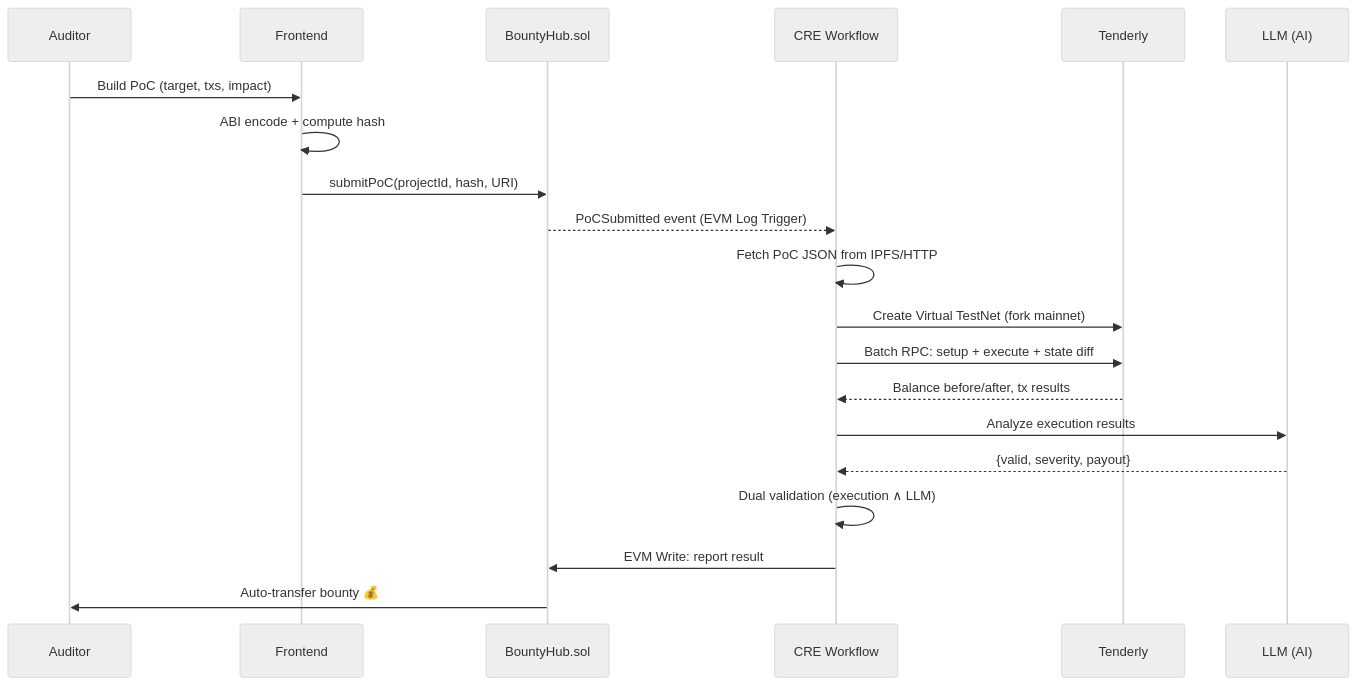
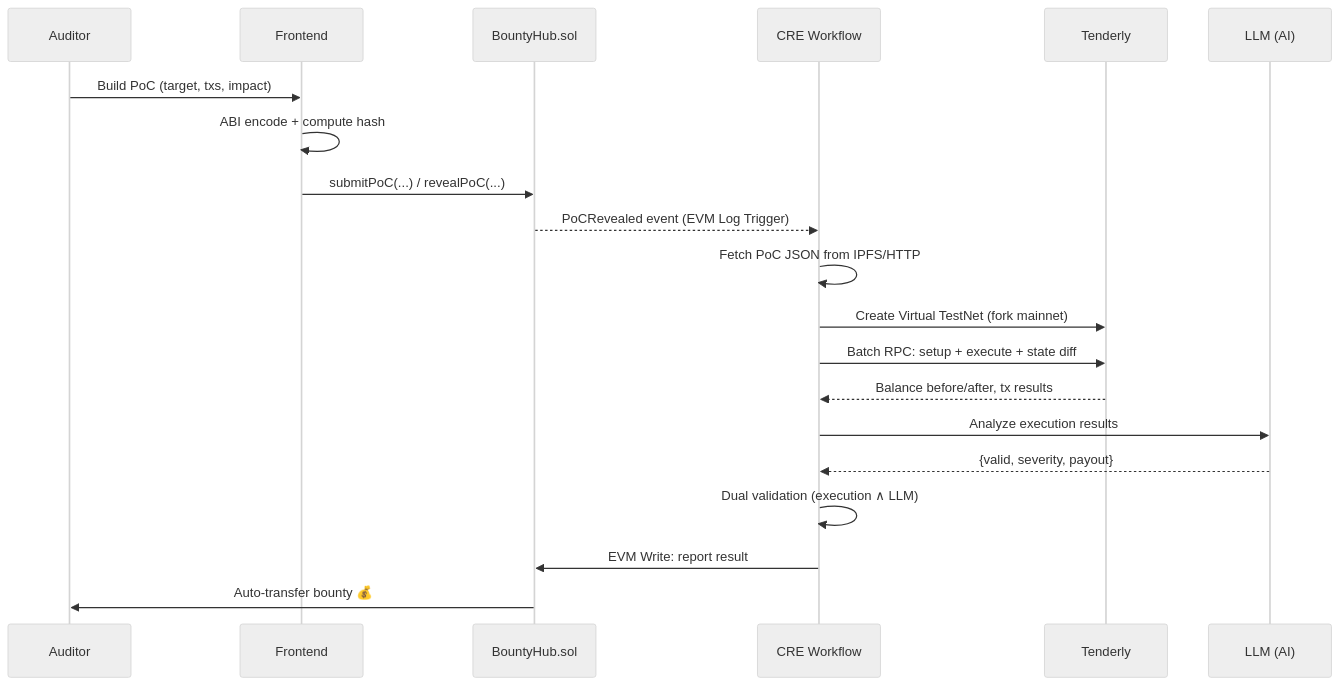
Before and after one commit to LSHFGJ/anti-soon: the diagram in README.md, drawn with Mermaid (neutral theme). The commit also changed other lines of this file and 9 other files, not shown here.

````diff
--- a/README.md
+++ b/README.md
@@ -42,23 +42,23 @@
 ```mermaid
 sequenceDiagram
     participant A as Auditor
     participant F as Frontend
     participant B as BountyHub.sol
     participant C as CRE Workflow
     participant T as Tenderly
     participant L as LLM (AI)
 
     A->>F: Build PoC (target, txs, impact)
     F->>F: ABI encode + compute hash
-    F->>B: submitPoC(projectId, hash, URI)
-    B-->>C: PoCSubmitted event (EVM Log Trigger)
+    F->>B: submitPoC(...) / revealPoC(...)
+    B-->>C: PoCRevealed event (EVM Log Trigger)
     C->>C: Fetch PoC JSON from IPFS/HTTP
     C->>T: Create Virtual TestNet (fork mainnet)
     C->>T: Batch RPC: setup + execute + state diff
     T-->>C: Balance before/after, tx results
     C->>L: Analyze execution results
     L-->>C: {valid, severity, payout}
     C->>C: Dual validation (execution ∧ LLM)
     C->>B: EVM Write: report result
     B->>A: Auto-transfer bounty 💰
 ```
````
